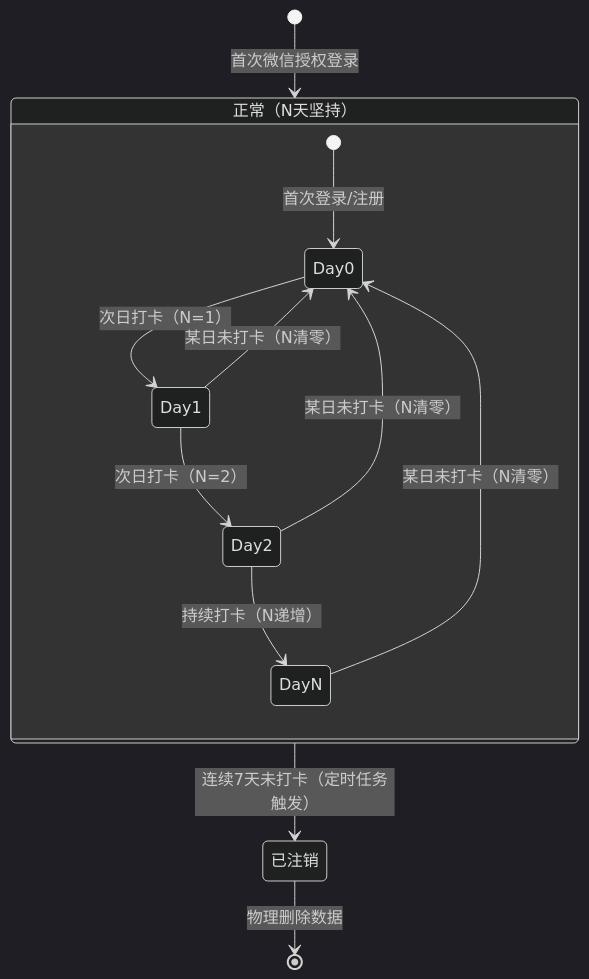
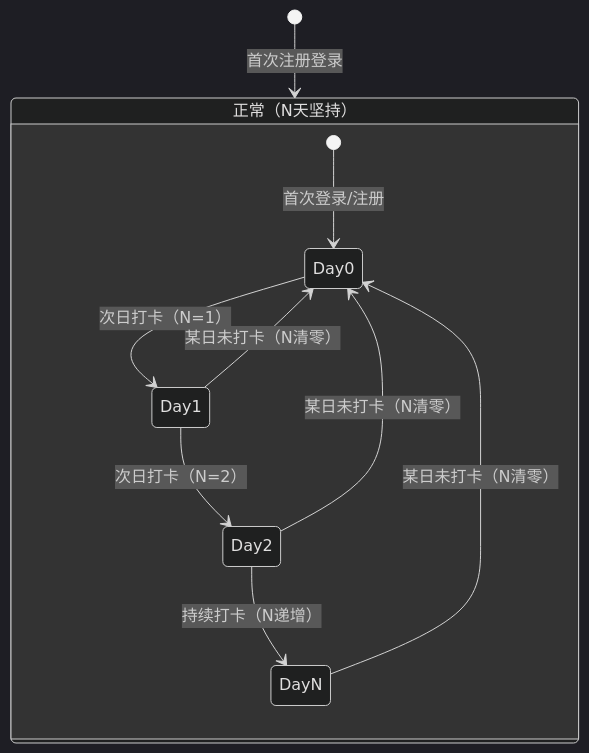
One commit to gaoxianglong/plan-core changed the third of 7 diagrams in docs/product/PRD_做计划APP_v2.0.md. Above: the diagram before and after it, drawn with Mermaid (dark theme). The commit also changed other lines of this file and 65 other files, not shown here.

````diff
--- a/docs/product/PRD_做计划APP_v2.0.md
+++ b/docs/product/PRD_做计划APP_v2.0.md
@@ -751,19 +982,14 @@
 ```mermaid
 stateDiagram-v2
   state "正常（N天坚持）" as ActiveN {
     [*] --> Day0: 首次登录/注册
     Day0 --> Day1: 次日打卡（N=1）
     Day1 --> Day2: 次日打卡（N=2）
     Day2 --> DayN: 持续打卡（N递增）
     DayN --> Day0: 某日未打卡（N清零）
     Day1 --> Day0: 某日未打卡（N清零）
     Day2 --> Day0: 某日未打卡（N清零）
   }
 
-  state "已注销" as Deactivated
-
-  [*] --> ActiveN: 首次微信授权登录
-
-  ActiveN --> Deactivated: 连续7天未打卡（定时任务触发）
-  Deactivated --> [*]: 物理删除数据
+  [*] --> ActiveN: 首次注册登录
 ```
````
